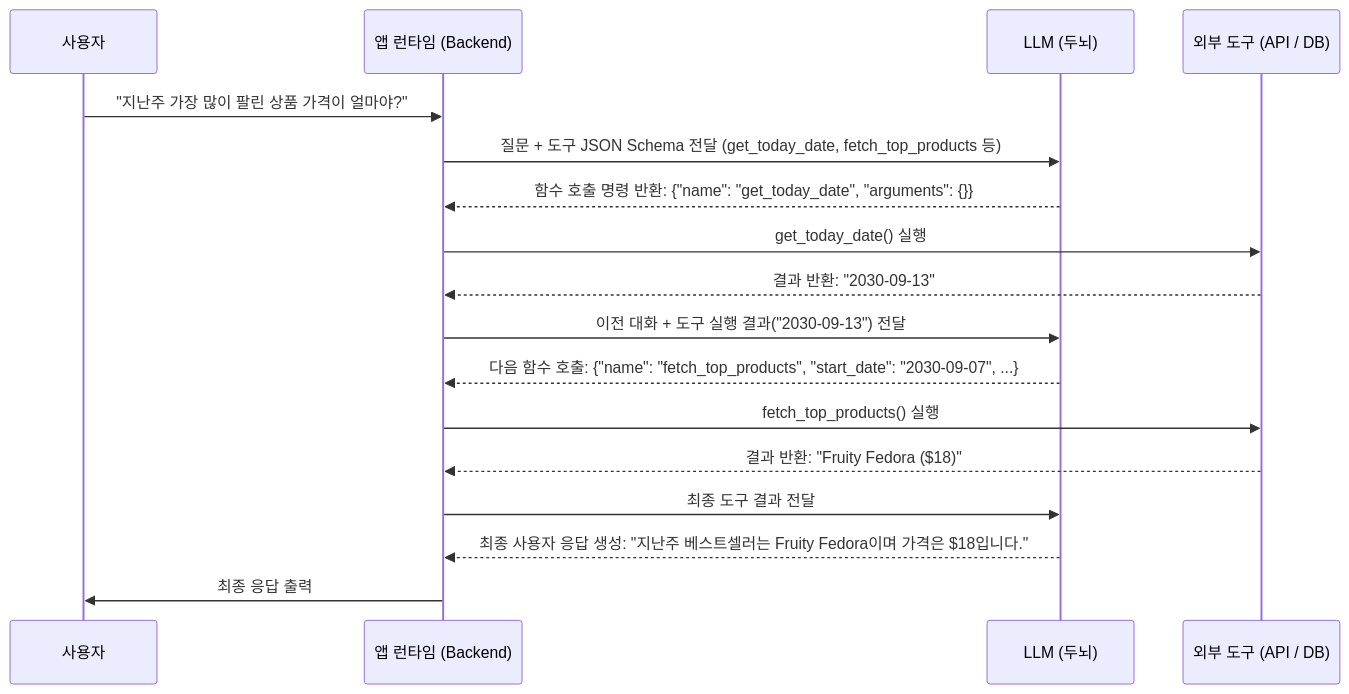
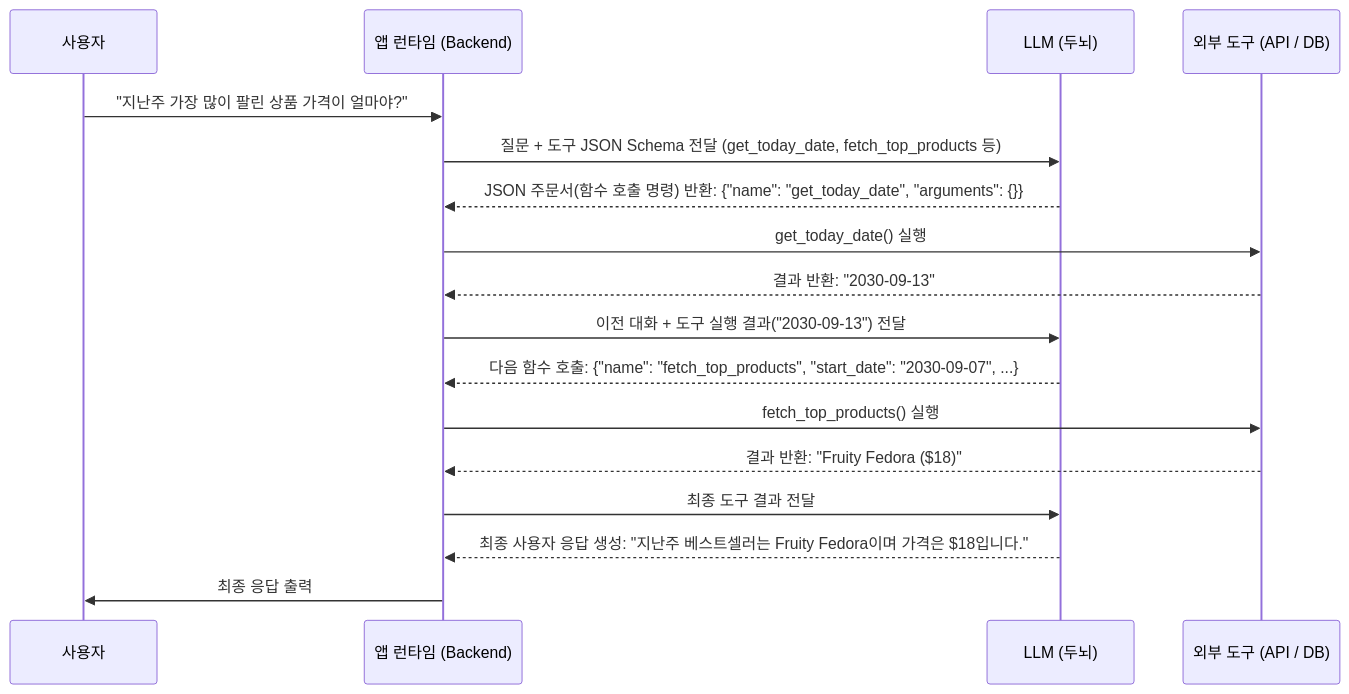
The second of 3 diagrams in chapter-qa/ch06-rag-and-agents-qa/03-ai-agents-tools-and-function-calling.md (sing-u8/AI-Engineering), drawn with Mermaid before and after one commit. The commit also changed other lines of this file and 3 other files, not shown here.

````diff
--- a/chapter-qa/ch06-rag-and-agents-qa/03-ai-agents-tools-and-function-calling.md
+++ b/chapter-qa/ch06-rag-and-agents-qa/03-ai-agents-tools-and-function-calling.md
@@ -73,20 +75,20 @@
 ```mermaid
 sequenceDiagram
     participant User as 사용자
     participant App as 앱 런타임 (Backend)
     participant LLM as LLM (두뇌)
     participant Tool as 외부 도구 (API / DB)
 
     User->>App: "지난주 가장 많이 팔린 상품 가격이 얼마야?"
     App->>LLM: 질문 + 도구 JSON Schema 전달 (get_today_date, fetch_top_products 등)
-    LLM-->>App: 함수 호출 명령 반환: {"name": "get_today_date", "arguments": {}}
+    LLM-->>App: JSON 주문서(함수 호출 명령) 반환: {"name": "get_today_date", "arguments": {}}
     App->>Tool: get_today_date() 실행
     Tool-->>App: 결과 반환: "2030-09-13"
     App->>LLM: 이전 대화 + 도구 실행 결과("2030-09-13") 전달
     LLM-->>App: 다음 함수 호출: {"name": "fetch_top_products", "start_date": "2030-09-07", ...}
     App->>Tool: fetch_top_products() 실행
     Tool-->>App: 결과 반환: "Fruity Fedora ($18)"
     App->>LLM: 최종 도구 결과 전달
     LLM-->>App: 최종 사용자 응답 생성: "지난주 베스트셀러는 Fruity Fedora이며 가격은 $18입니다."
     App->>User: 최종 응답 출력
 ```
````
